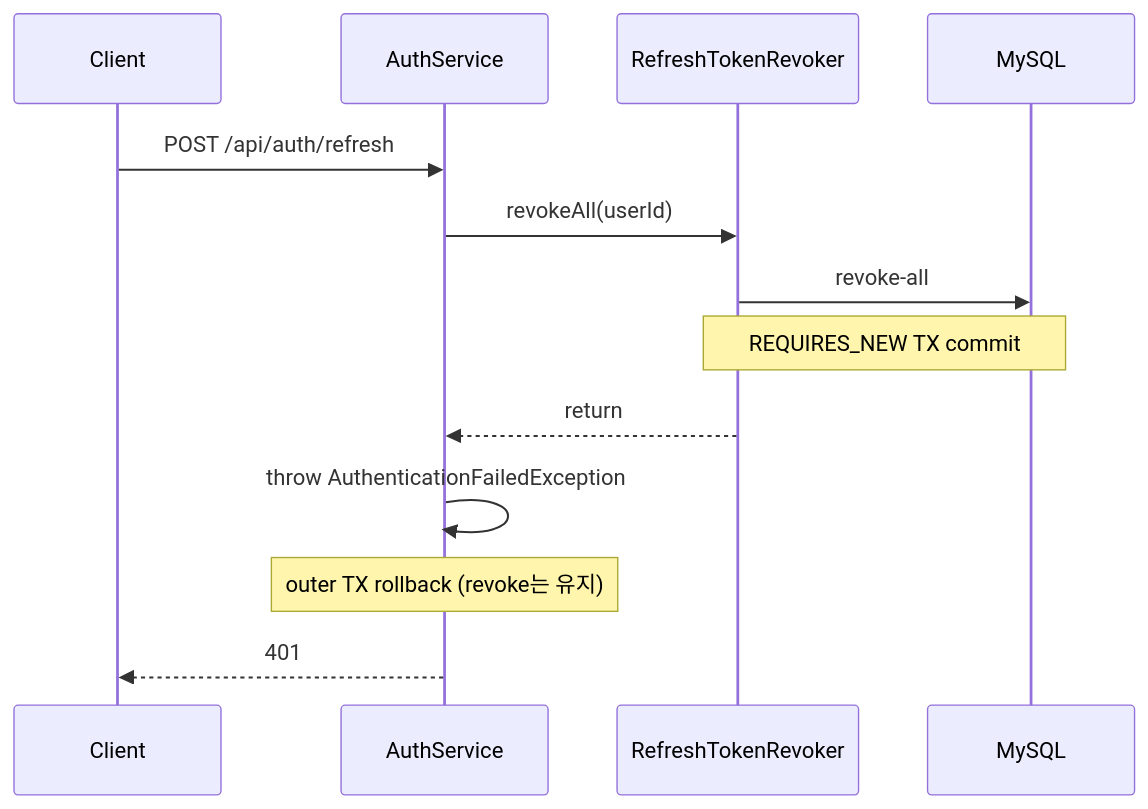
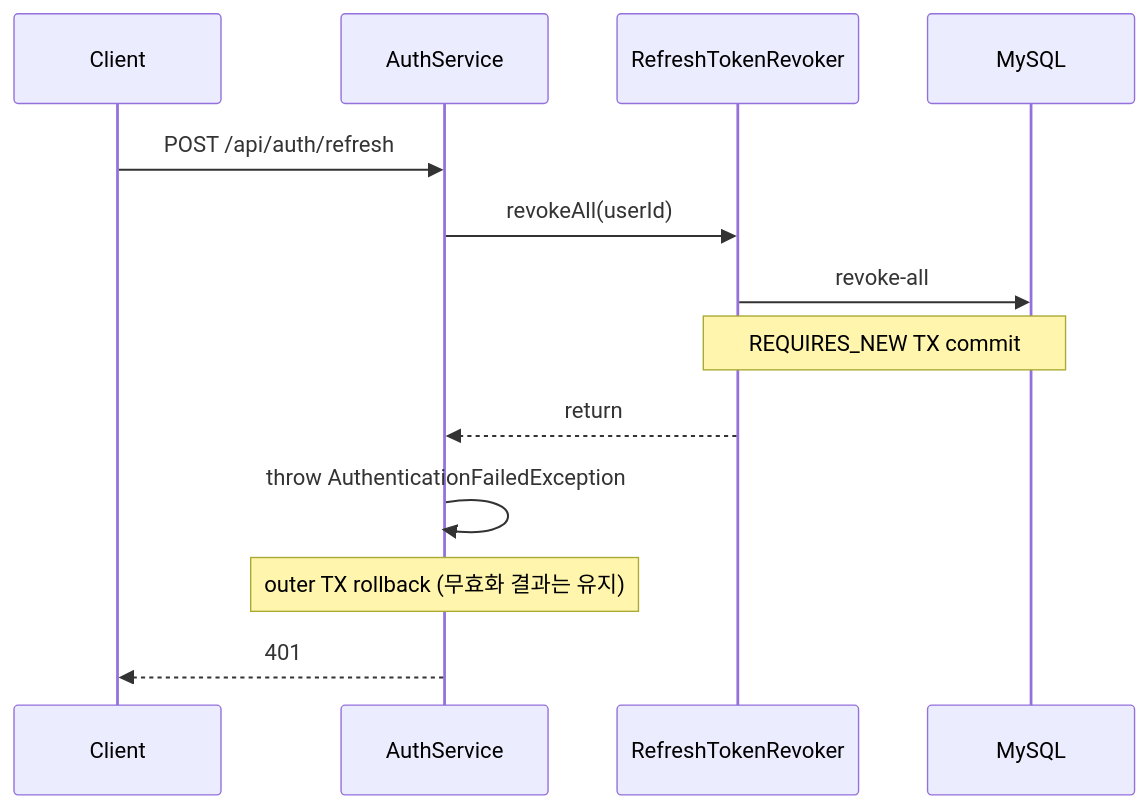
One commit to g1ennk/FlowMate changed the second of 2 diagrams in docs/wiki/auth-reuse-detection-rollback.md. Above: the diagram before and after it, drawn with Mermaid. The commit also changed other lines of this file and 2 other files, not shown here.

Commit message:
docs(wiki): auth-reuse-detection-rollback 위키 문서 개선

````diff
--- a/docs/wiki/auth-reuse-detection-rollback.md
+++ b/docs/wiki/auth-reuse-detection-rollback.md
@@ -124,16 +125,16 @@
 ```mermaid
 sequenceDiagram
     participant C as Client
     participant A as AuthService
     participant R as RefreshTokenRevoker
     participant DB as MySQL
 
     C->>A: POST /api/auth/refresh
     A->>R: revokeAll(userId)
     R->>DB: revoke-all
     Note over R,DB: REQUIRES_NEW TX commit
     R-->>A: return
     A->>A: throw AuthenticationFailedException
-    Note over A: outer TX rollback (revoke는 유지)
+    Note over A: outer TX rollback (무효화 결과는 유지)
     A-->>C: 401
 ```
````
